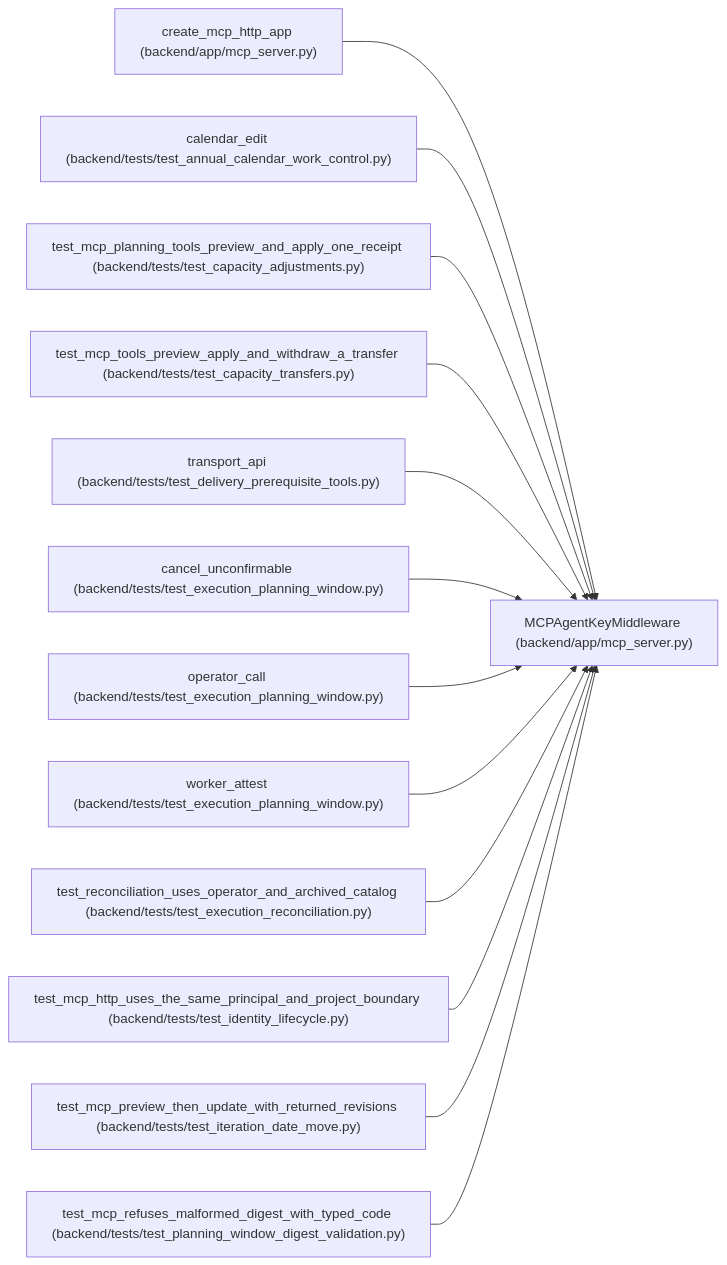
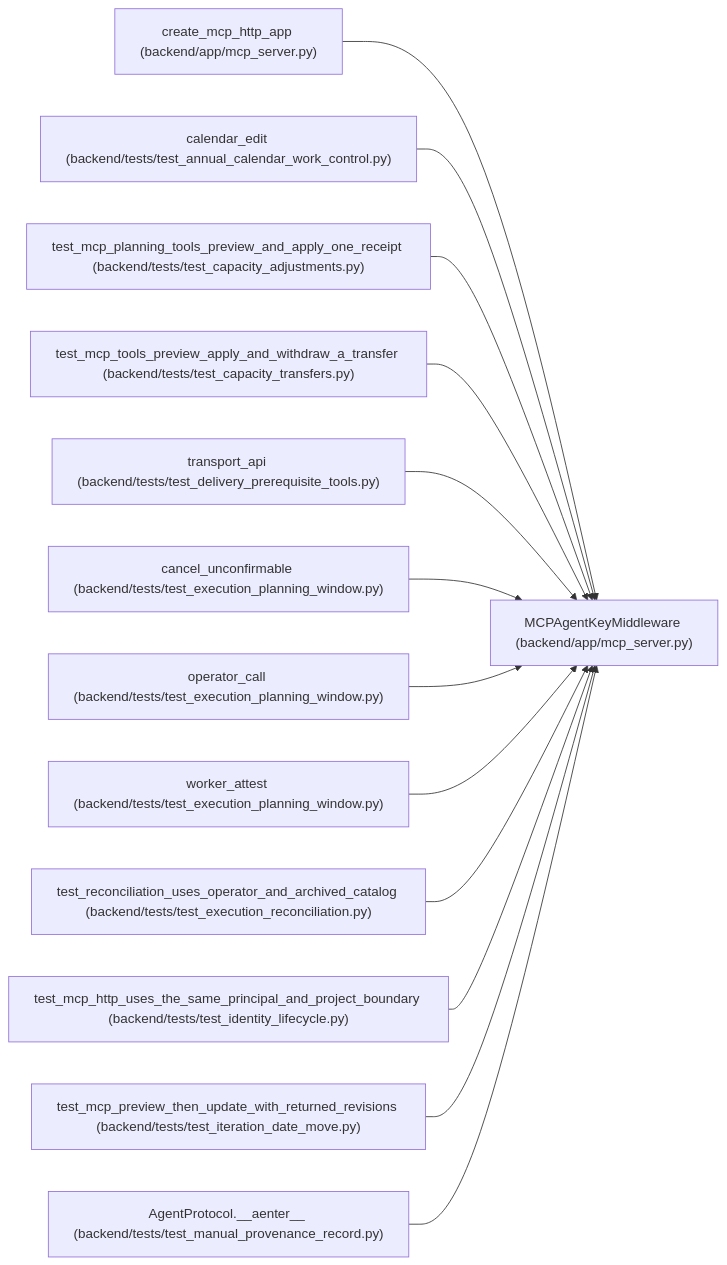
Before and after one commit to Denissvgn/WorkChord: the diagram in docs/llm_wiki/entities/MCPAgentKeyMiddleware.md, drawn with Mermaid. The commit also changed other lines of this file and 880 other files, not shown here.

Commit message:
Sync the architectural wiki for manual execution provenance

````diff
--- a/docs/llm_wiki/entities/MCPAgentKeyMiddleware.md
+++ b/docs/llm_wiki/entities/MCPAgentKeyMiddleware.md
@@ -26,41 +26,41 @@
 ```mermaid
 flowchart LR
     n0["MCPAgentKeyMiddleware (backend/app/mcp_server.py)"]
     n1["create_mcp_http_app (backend/app/mcp_server.py)"]
     n2["calendar_edit (backend/tests/test_annual_calendar_work_control.py)"]
     n3["test_mcp_planning_tools_preview_and_apply_one_receipt (backend/tests/test_capacity_adjustments.py)"]
     n4["test_mcp_tools_preview_apply_and_withdraw_a_transfer (backend/tests/test_capacity_transfers.py)"]
     n5["transport_api (backend/tests/test_delivery_prerequisite_tools.py)"]
     n6["cancel_unconfirmable (backend/tests/test_execution_planning_window.py)"]
     n7["operator_call (backend/tests/test_execution_planning_window.py)"]
     n8["worker_attest (backend/tests/test_execution_planning_window.py)"]
     n9["test_reconciliation_uses_operator_and_archived_catalog (backend/tests/test_execution_reconciliation.py)"]
     n10["test_mcp_http_uses_the_same_principal_and_project_boundary (backend/tests/test_identity_lifecycle.py)"]
     n11["test_mcp_preview_then_update_with_returned_revisions (backend/tests/test_iteration_date_move.py)"]
-    n12["test_mcp_refuses_malformed_digest_with_typed_code (backend/tests/test_planning_window_digest_validation.py)"]
+    n12["AgentProtocol.__aenter__ (backend/tests/test_manual_provenance_record.py)"]
     n1 --> n0
     n2 --> n0
     n3 --> n0
     n4 --> n0
     n5 --> n0
     n6 --> n0
     n7 --> n0
     n8 --> n0
     n9 --> n0
     n10 --> n0
     n11 --> n0
     n12 --> n0
     click n0 "../modules/mcp_server.md"
     click n1 "../modules/mcp_server.md"
     click n2 "../modules/test_annual_calendar_work_control.md"
     click n3 "../modules/test_capacity_adjustments.md"
     click n4 "../modules/test_capacity_transfers.md"
     click n5 "../modules/test_delivery_prerequisite_tools.md"
     click n6 "../modules/test_execution_planning_window.md"
     click n7 "../modules/test_execution_planning_window.md"
     click n8 "../modules/test_execution_planning_window.md"
     click n9 "../modules/test_execution_reconciliation.md"
     click n10 "../modules/test_identity_lifecycle.md"
     click n11 "../modules/test_iteration_date_move.md"
-    click n12 "../modules/test_planning_window_digest_validation.md"
+    click n12 "../modules/test_manual_provenance_record.md"
 ```
````
